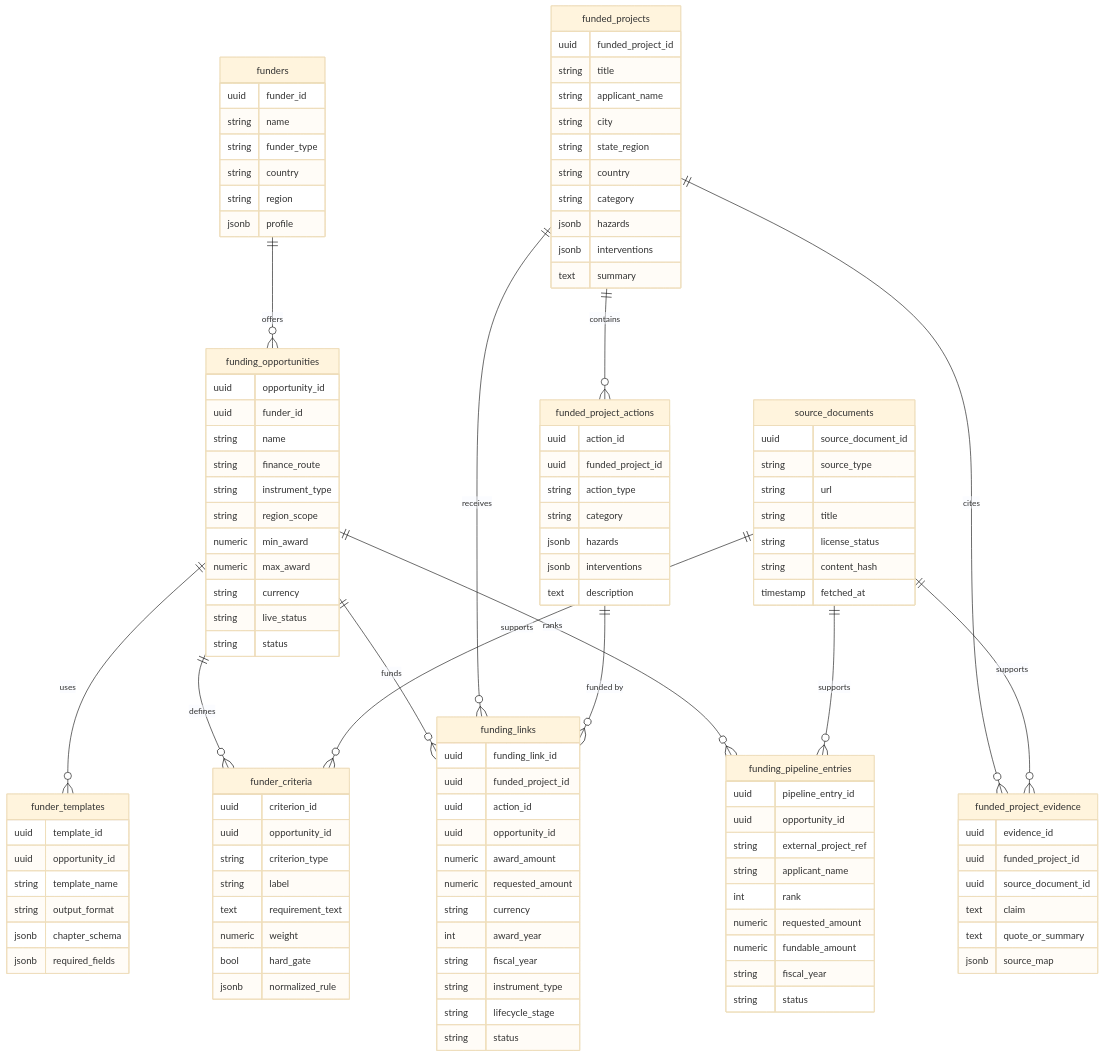
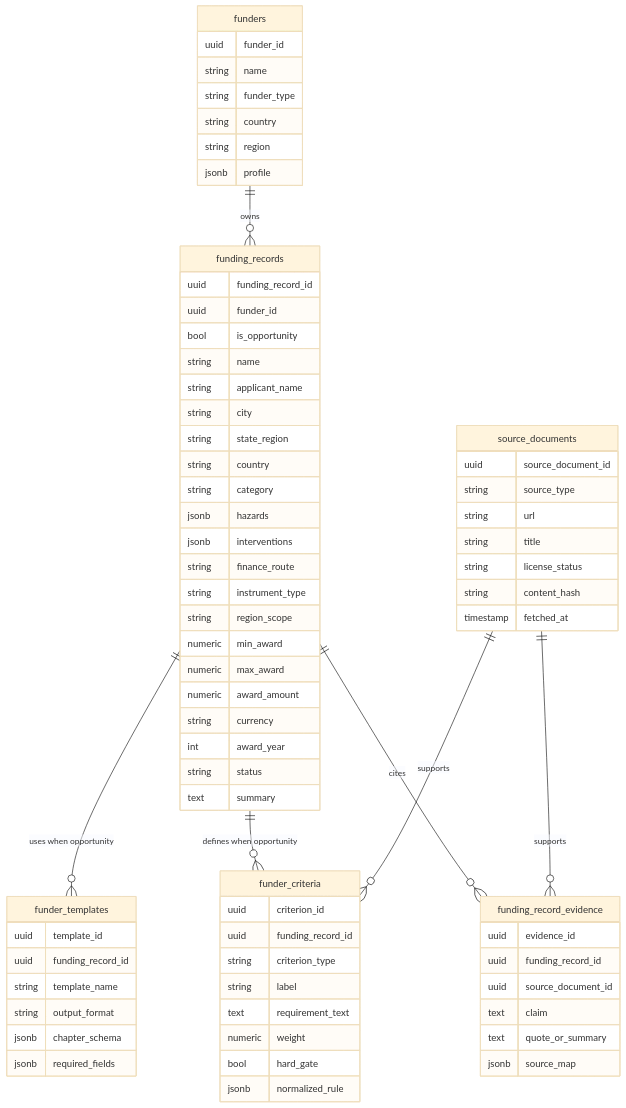
The seventh of 14 diagrams in docs/ConceptNoteBuilderArchitecture.md (Open-Earth-Foundation/CityCatalyst), drawn with Mermaid (base theme) before and after one commit. The commit also changed other lines of this file and 41 other files, not shown here.

First line of the commit message:
Implement durable CityCatalyst PDF OCR pipeline (#2832)

````diff
--- a/docs/ConceptNoteBuilderArchitecture.md
+++ b/docs/ConceptNoteBuilderArchitecture.md
@@ -468,17 +726,11 @@
 ```mermaid
 erDiagram
-    funders ||--o{ funding_opportunities : "offers"
-    funding_opportunities ||--o{ funder_templates : "uses"
-    funding_opportunities ||--o{ funder_criteria : "defines"
-    funding_opportunities ||--o{ funding_links : "funds"
-    funding_opportunities ||--o{ funding_pipeline_entries : "ranks"
-    funded_projects ||--o{ funded_project_actions : "contains"
-    funded_projects ||--o{ funding_links : "receives"
-    funded_project_actions ||--o{ funding_links : "funded by"
-    funded_projects ||--o{ funded_project_evidence : "cites"
-    source_documents ||--o{ funded_project_evidence : "supports"
+    funders ||--o{ funding_records : "owns"
+    funding_records ||--o{ funder_templates : "uses when opportunity"
+    funding_records ||--o{ funder_criteria : "defines when opportunity"
+    funding_records ||--o{ funding_record_evidence : "cites"
+    source_documents ||--o{ funding_record_evidence : "supports"
     source_documents ||--o{ funder_criteria : "supports"
-    source_documents ||--o{ funding_pipeline_entries : "supports"
 
     funders {
         uuid funder_id
@@ -489,23 +741,33 @@
         jsonb profile
     }
 
-    funding_opportunities {
-        uuid opportunity_id
+    funding_records {
+        uuid funding_record_id
         uuid funder_id
+        bool is_opportunity
         string name
+        string applicant_name
+        string city
+        string state_region
+        string country
+        string category
+        jsonb hazards
+        jsonb interventions
         string finance_route
         string instrument_type
         string region_scope
         numeric min_award
         numeric max_award
+        numeric award_amount
         string currency
-        string live_status
+        int award_year
         string status
+        text summary
     }
 
     funder_templates {
         uuid template_id
-        uuid opportunity_id
+        uuid funding_record_id
         string template_name
         string output_format
         jsonb chapter_schema
@@ -514,63 +776,13 @@
 
     funder_criteria {
         uuid criterion_id
-        uuid opportunity_id
+        uuid funding_record_id
         string criterion_type
         string label
         text requirement_text
         numeric weight
         bool hard_gate
         jsonb normalized_rule
-    }
-
-    funded_projects {
-        uuid funded_project_id
-        string title
-        string applicant_name
-        string city
-        string state_region
-        string country
-        string category
-        jsonb hazards
-        jsonb interventions
-        text summary
-    }
-
-    funded_project_actions {
-        uuid action_id
-        uuid funded_project_id
-        string action_type
-        string category
-        jsonb hazards
-        jsonb interventions
-        text description
-    }
-
-    funding_links {
-        uuid funding_link_id
-        uuid funded_project_id
-        uuid action_id
-        uuid opportunity_id
-        numeric award_amount
-        numeric requested_amount
-        string currency
-        int award_year
-        string fiscal_year
-        string instrument_type
-        string lifecycle_stage
-        string status
-    }
-
-    funding_pipeline_entries {
-        uuid pipeline_entry_id
-        uuid opportunity_id
-        string external_project_ref
-        string applicant_name
-        int rank
-        numeric requested_amount
-        numeric fundable_amount
-        string fiscal_year
-        string status
     }
 
     source_documents {
@@ -583,9 +795,9 @@
         timestamp fetched_at
     }
 
-    funded_project_evidence {
+    funding_record_evidence {
         uuid evidence_id
-        uuid funded_project_id
+        uuid funding_record_id
         uuid source_document_id
         text claim
         text quote_or_summary
````
